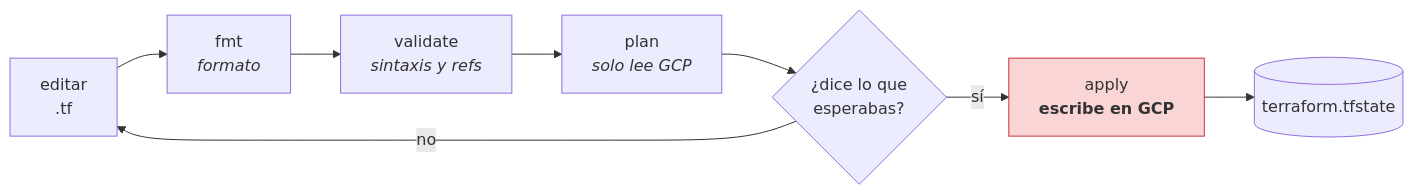
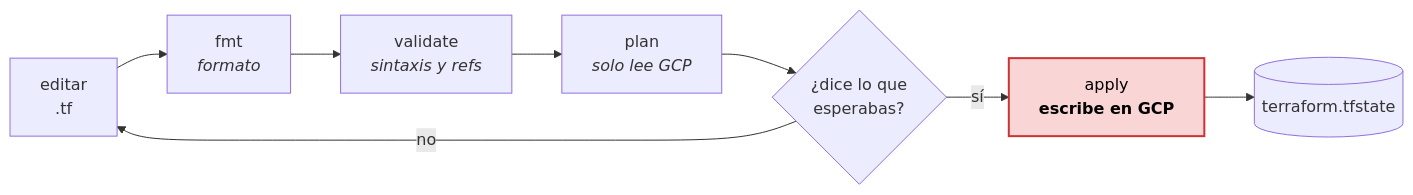
The second of 3 diagrams in docs/apuntes-etapa-01-terraform-apis.md (SamahJonathan/gcp-lab-jona-01), drawn with Mermaid before and after one commit. The commit also changed other lines of this file and 6 other files, not shown here.

````diff
--- a/docs/apuntes-etapa-01-terraform-apis.md
+++ b/docs/apuntes-etapa-01-terraform-apis.md
@@ -48,13 +48,13 @@
 ```mermaid
 flowchart LR
     edit["editar<br/>.tf"] --> fmt["fmt<br/><i>formato</i>"]
     fmt --> validate["validate<br/><i>sintaxis y refs</i>"]
     validate --> plan["plan<br/><i>solo lee GCP</i>"]
     plan --> pregunta{"¿dice lo que<br/>esperabas?"}
     pregunta -->|no| edit
     pregunta -->|sí| apply["apply<br/><b>escribe en GCP</b>"]
     apply --> state[("terraform.tfstate")]
 
-    classDef escribe fill:#f9d5d5,stroke:#c33
+    classDef escribe fill:#f9d5d5,stroke:#c33,stroke-width:2px,color:#000
     class apply escribe
 ```
````
